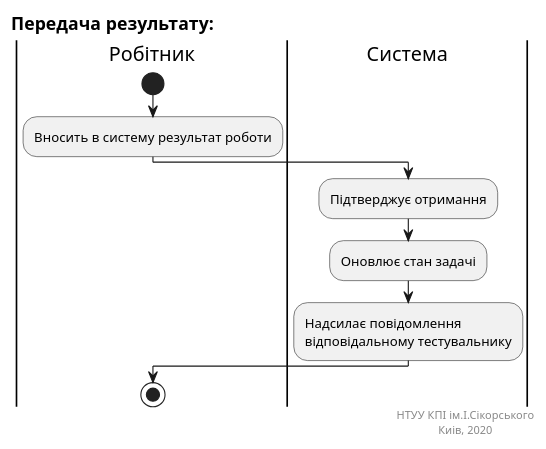
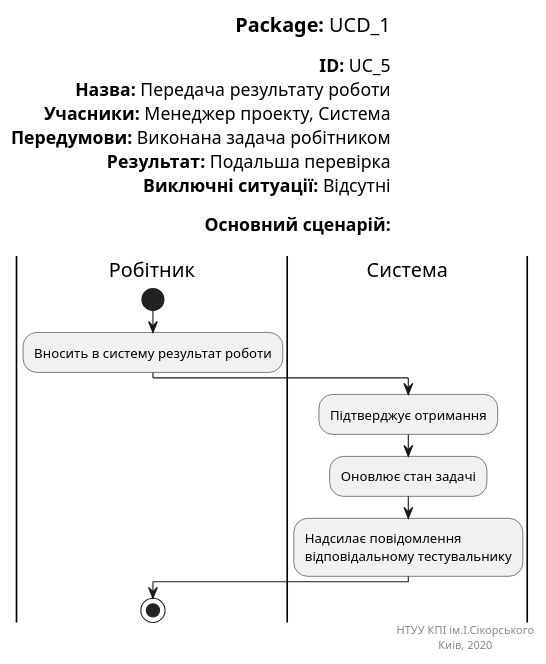
One commit to Jirobus/Core changed the diagram in docs/puml/resolveTask.puml. Above: the diagram before and after it, drawn with PlantUML.

```diff
--- a/docs/puml/resolveTask.puml
+++ b/docs/puml/resolveTask.puml
@@ -1,24 +1,33 @@
-@startuml resolveTaskUC
+@startuml resolveTask
+left header
+<font color=000 size=18><b>Package:</b> UCD_1
 
-left header
-<font size=16 color=black><b>Передача результату:</b> 
+<font color=000 size=16><b>ID:</b> UC_5
+<font color=000 size=16><b>Назва:</b> Передача результату роботи
+<font color=000 size=16><b>Учасники:</b> Менеджер проекту, Система
+<font color=000 size=16><b>Передумови:</b> Виконана задача робітником
+<font color=000 size=16><b>Результат:</b> Подальша перевірка
+<font color=000 size=16><b>Виключні ситуації:</b> Відсутні
+
+<font color=000 size=16><b>Основний сценарій:</b> 
+
 end header
 
 |Робітник|
 start
 :Вносить в систему результат роботи;
 
 |Система|
 :Підтверджує отримання;
 :Оновлює стан задачі;
 :Надсилає повідомлення
 відповідальному тестувальнику;
 
 |Робітник|
 stop
 
 right footer
 НТУУ КПІ ім.І.Сікорського
 Киів, 2020 
 end footer
 @enduml
```
